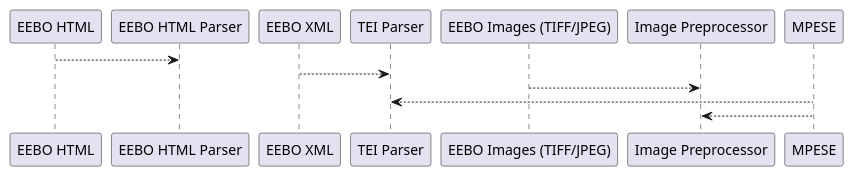
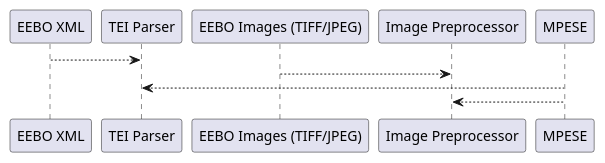
One commit to leegee/mutatis-mutandis changed the diagram in docs/uml/src/connections/ingestion.puml. Above: the diagram before and after it, drawn with PlantUML. The commit also changed 4 other files, not shown here.

```diff
--- a/docs/uml/src/connections/ingestion.puml
+++ b/docs/uml/src/connections/ingestion.puml
@@ -1,6 +1,5 @@
 
-"EEBO HTML" --> "EEBO HTML Parser" #green
 "EEBO XML" --> "TEI Parser" #green
 "EEBO Images (TIFF/JPEG)" --> "Image Preprocessor" #green
 MPESE --> "TEI Parser" #green
 MPESE --> "Image Preprocessor" #green
```
